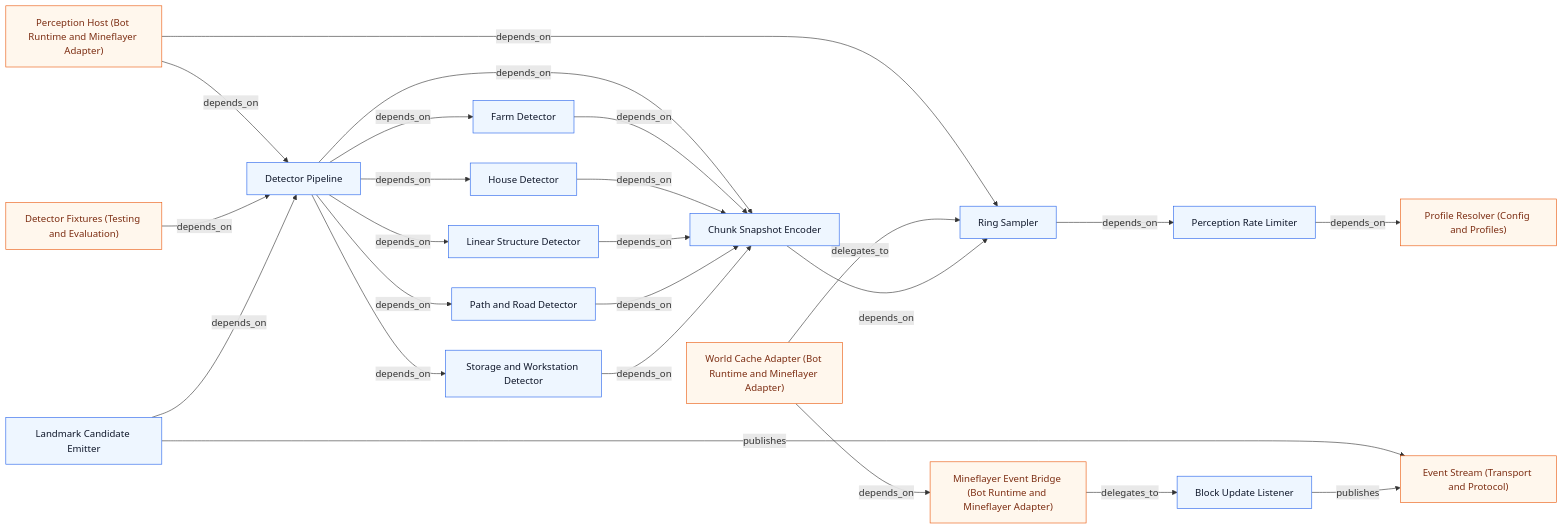
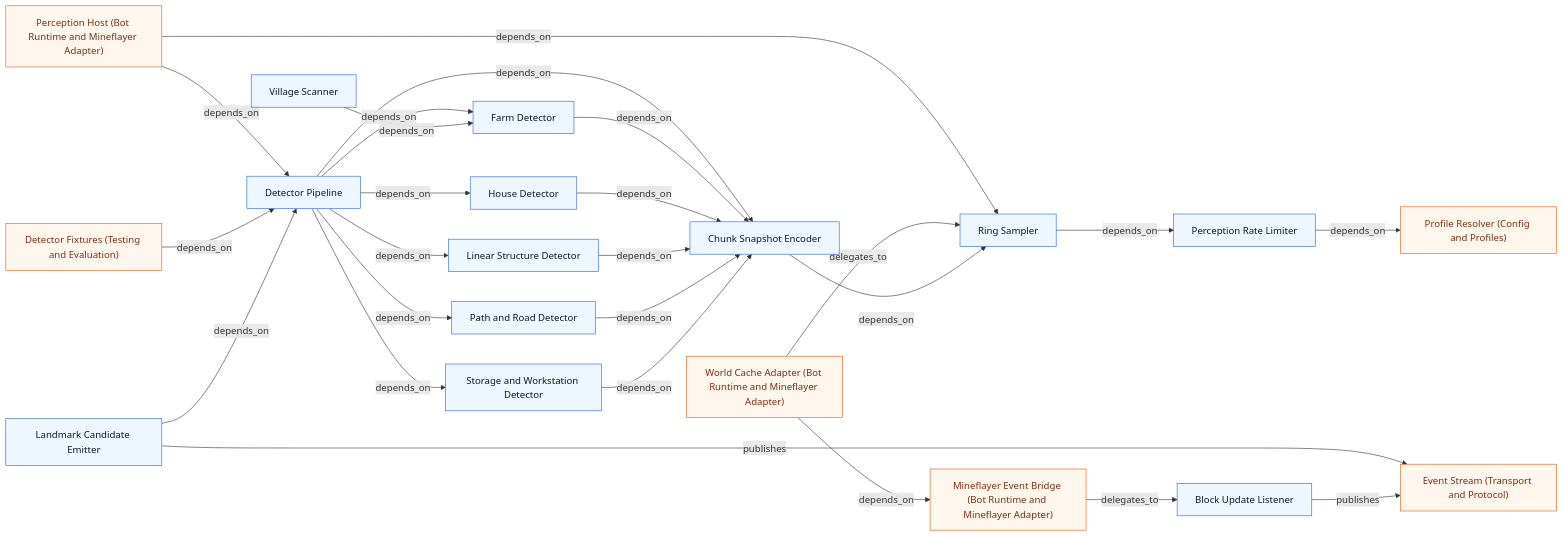
One commit to TICO-CO/TiCrafter changed diagram 13 of 28 in docs/architecture/diagrams.md. Above: the diagram before and after it, drawn with Mermaid. The commit also changed other lines of this file and 160 other files, not shown here.

````diff
--- a/docs/architecture/diagrams.md
+++ b/docs/architecture/diagrams.md
@@ -1241,47 +1245,49 @@
 ```mermaid
 flowchart LR
-n253["Ring Sampler"]
-n254["Chunk Snapshot Encoder"]
-n193["Block Update Listener"]
-n255["Path and Road Detector"]
-n256["House Detector"]
-n257["Farm Detector"]
-n258["Storage and Workstation Detector"]
-n259["Linear Structure Detector"]
-n260["Detector Pipeline"]
-n190["Landmark Candidate Emitter"]
-n261["Perception Rate Limiter"]
+n264["Ring Sampler"]
+n265["Chunk Snapshot Encoder"]
+n203["Block Update Listener"]
+n266["Path and Road Detector"]
+n267["House Detector"]
+n268["Farm Detector"]
+n269["Storage and Workstation Detector"]
+n270["Linear Structure Detector"]
+n271["Detector Pipeline"]
+n200["Landmark Candidate Emitter"]
+n272["Perception Rate Limiter"]
+n273["Village Scanner"]
 n55["Mineflayer Event Bridge (Bot Runtime and Mineflayer Adapter)"]
 n140["Perception Host (Bot Runtime and Mineflayer Adapter)"]
 n56["World Cache Adapter (Bot Runtime and Mineflayer Adapter)"]
-n262["Detector Fixtures (Testing and Evaluation)"]
-n185["Event Stream (Transport and Protocol)"]
-n181["Profile Resolver (Config and Profiles)"]
-n55 -->|delegates_to| n193
-n140 -->|depends_on| n260
-n140 -->|depends_on| n253
+n274["Detector Fixtures (Testing and Evaluation)"]
+n195["Event Stream (Transport and Protocol)"]
+n191["Profile Resolver (Config and Profiles)"]
+n55 -->|delegates_to| n203
+n140 -->|depends_on| n271
+n140 -->|depends_on| n264
 n56 -->|depends_on| n55
-n56 -->|delegates_to| n253
-n262 -->|depends_on| n260
-n254 -->|depends_on| n253
-n260 -->|depends_on| n254
-n260 -->|depends_on| n257
-n260 -->|depends_on| n256
-n260 -->|depends_on| n259
-n260 -->|depends_on| n255
-n260 -->|depends_on| n258
-n257 -->|depends_on| n254
-n256 -->|depends_on| n254
-n190 -->|depends_on| n260
-n190 -->|publishes| n185
-n259 -->|depends_on| n254
-n255 -->|depends_on| n254
-n261 -->|depends_on| n181
-n253 -->|depends_on| n261
-n258 -->|depends_on| n254
-n193 -->|publishes| n185
+n56 -->|delegates_to| n264
+n274 -->|depends_on| n271
+n265 -->|depends_on| n264
+n271 -->|depends_on| n265
+n271 -->|depends_on| n268
+n271 -->|depends_on| n267
+n271 -->|depends_on| n270
+n271 -->|depends_on| n266
+n271 -->|depends_on| n269
+n268 -->|depends_on| n265
+n267 -->|depends_on| n265
+n200 -->|depends_on| n271
+n200 -->|publishes| n195
+n270 -->|depends_on| n265
+n266 -->|depends_on| n265
+n272 -->|depends_on| n191
+n264 -->|depends_on| n272
+n269 -->|depends_on| n265
+n203 -->|publishes| n195
+n273 -->|depends_on| n268
 classDef internal fill:#eef6ff,stroke:#2563eb,color:#0f172a;
 classDef external fill:#fff7ed,stroke:#ea580c,color:#7c2d12;
-class n253,n254,n193,n255,n256,n257,n258,n259,n260,n190,n261 internal;
-class n55,n140,n56,n262,n185,n181 external;
+class n264,n265,n203,n266,n267,n268,n269,n270,n271,n200,n272,n273 internal;
+class n55,n140,n56,n274,n195,n191 external;
 ```
````
